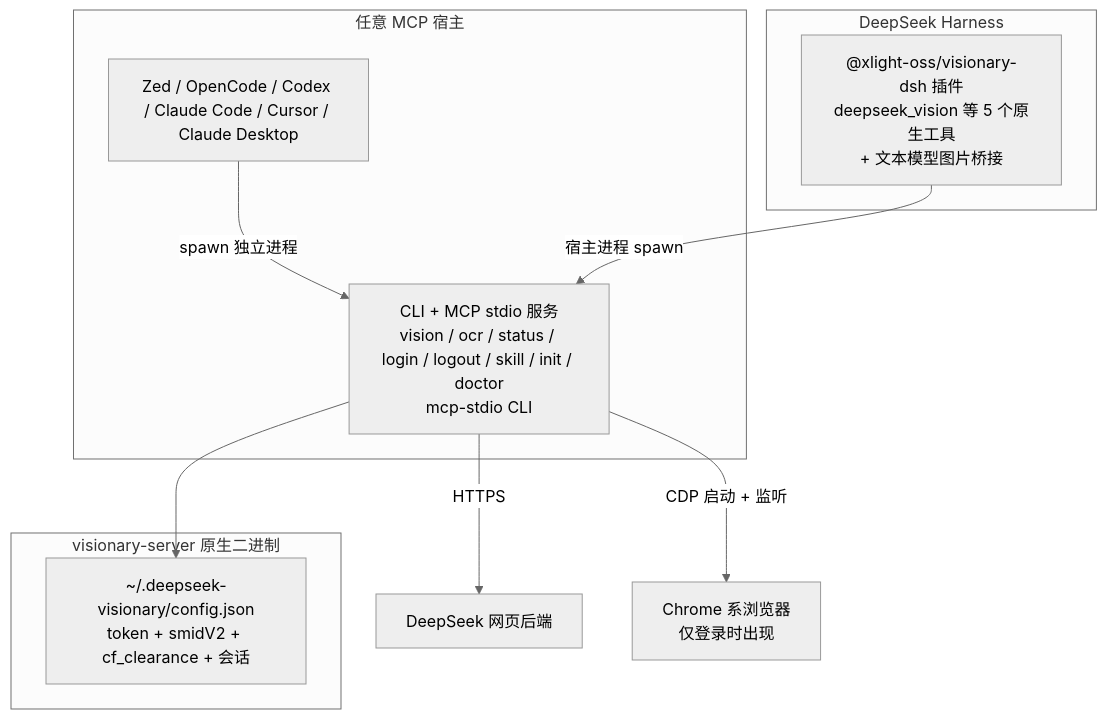
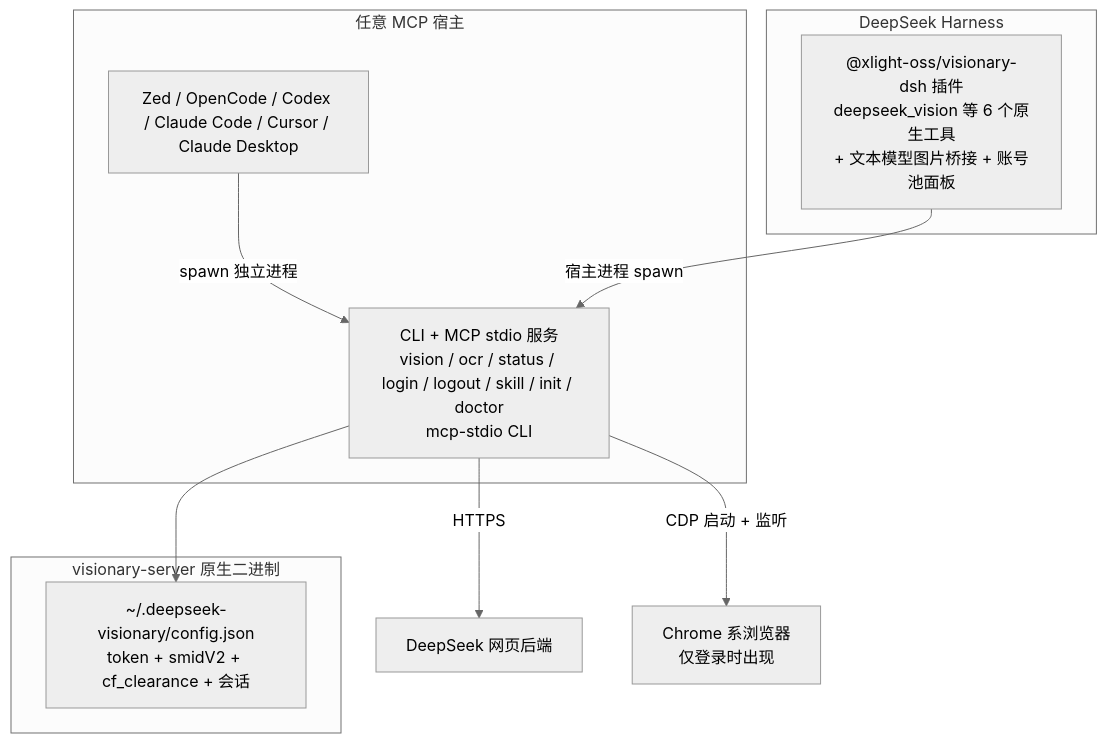
One commit to xlight/deepseek-visionary changed the diagram in README.md. Above: the diagram before and after it, drawn with Mermaid (neutral theme). The commit also changed other lines of this file and 46 other files, not shown here.

````diff
--- a/README.md
+++ b/README.md
@@ -10,18 +10,18 @@
 ```mermaid
 graph TD
     subgraph 宿主[任意 MCP 宿主]
         AG["Zed / OpenCode / Codex / Claude Code / Cursor / Claude Desktop"]
         AG -->|spawn 独立进程| SRV
     end
     subgraph DSH[DeepSeek Harness]
-        DP["@xlight-oss/visionary-dsh 插件<br/>deepseek_vision 等 5 个原生工具<br/>+ 文本模型图片桥接"]
+        DP["@xlight-oss/visionary-dsh 插件<br/>deepseek_vision 等 6 个原生工具<br/>+ 文本模型图片桥接 + 账号池面板"]
         DP -->|宿主进程 spawn| SRV
     end
     subgraph visionary-server 原生二进制
         SRV["CLI + MCP stdio 服务<br/>vision / ocr / status / login / logout / skill / init / doctor<br/>mcp-stdio CLI"]
         CFG["~/.deepseek-visionary/config.json<br/>token + smidV2 + cf_clearance + 会话"]
         SRV --> CFG
     end
     SRV -->|HTTPS| DS["DeepSeek 网页后端"]
     SRV -->|CDP 启动 + 监听| BRO["Chrome 系浏览器<br/>仅登录时出现"]
 ```
````
